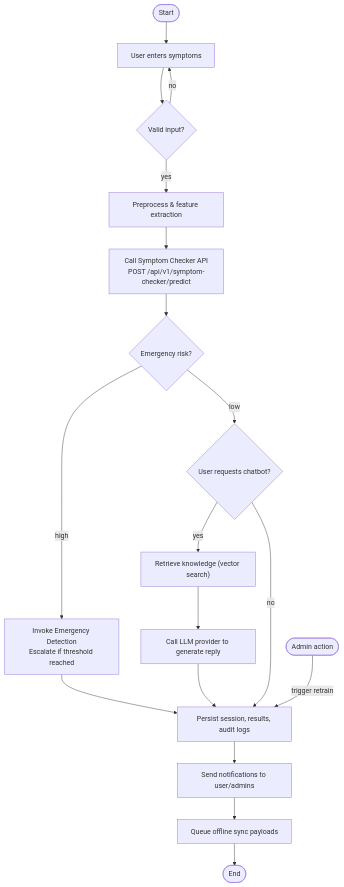
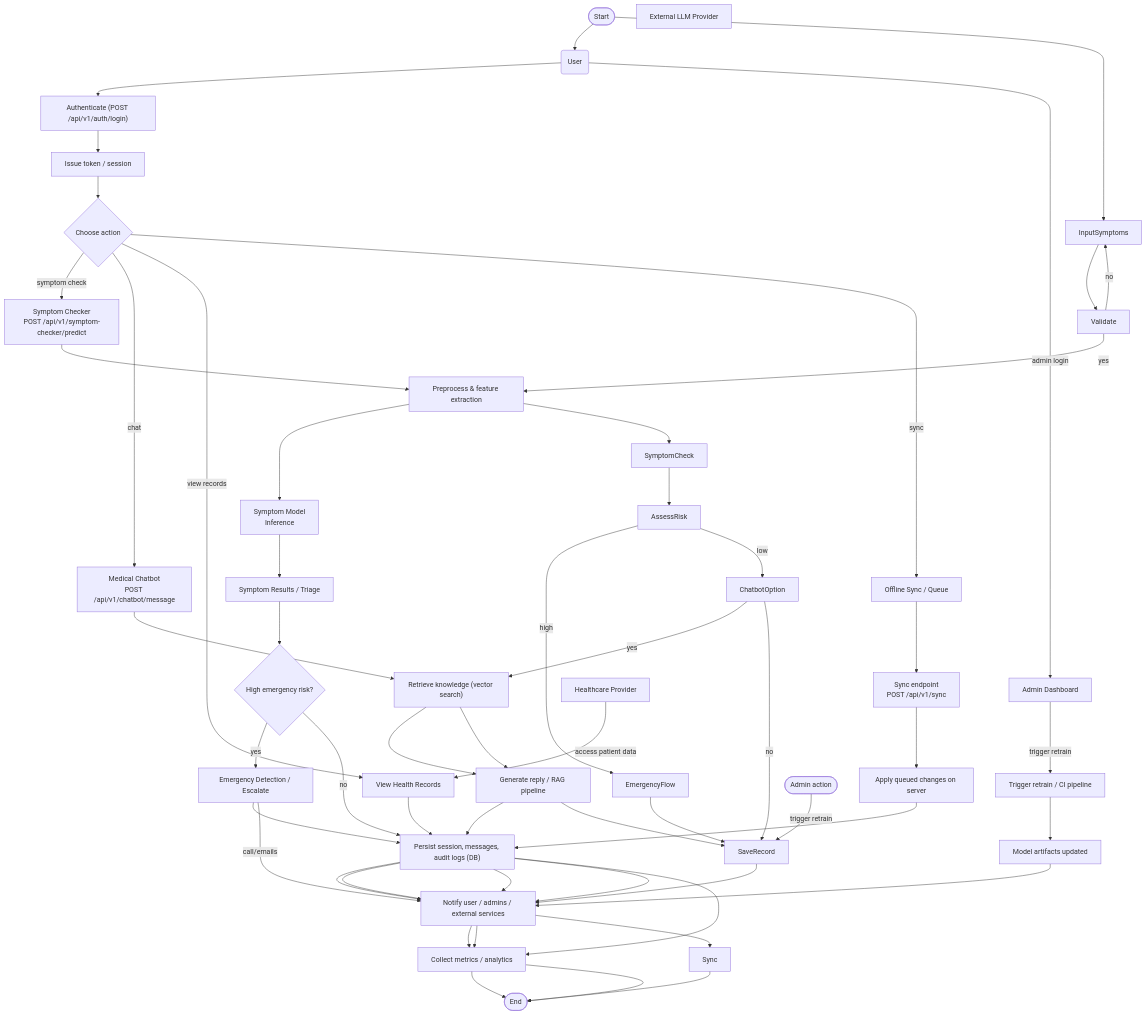
Before and after one commit to SKS-650/AI-Healthcare-Assistant-for-Rular-Areas: the diagram in readme/ActivityDiagram.md, drawn with Mermaid.

Commit message:
activity diagram updated

````diff
--- a/readme/ActivityDiagram.md
+++ b/readme/ActivityDiagram.md
@@ -5,33 +5,82 @@
 ```mermaid
 flowchart TD
   %% Activity-style flowchart compatible with GitHub/VS Code Mermaid
   Start([Start])
-  InputSymptoms["User enters symptoms"]
-  Validate{Valid input?}
+  User(User)
+  Auth["Authenticate (POST /api/v1/auth/login)"]
+  Token["Issue token / session"]
+
+  Choose{Choose action}
+  Symptom["Symptom Checker\nPOST /api/v1/symptom-checker/predict"]
+  Chat["Medical Chatbot\nPOST /api/v1/chatbot/message"]
+  ViewRecords["View Health Records"]
+  Offline["Offline Sync / Queue"]
+  AdminPanel["Admin Dashboard"]
+
   Preprocess["Preprocess & feature extraction"]
-  SymptomCheck["Call Symptom Checker API\nPOST /api/v1/symptom-checker/predict"]
-  AssessRisk{Emergency risk?}
-  EmergencyFlow["Invoke Emergency Detection\nEscalate if threshold reached"]
-  ChatbotOption{User requests chatbot?}
+  SymptomModel["Symptom Model\nInference"]
+  SymptomResults["Symptom Results / Triage"]
+  RiskCheck{High emergency risk?}
+  Emergency["Emergency Detection / Escalate"]
+
   Retrieve["Retrieve knowledge (vector search)"]
-  Generate["Call LLM provider to generate reply"]
-  SaveRecord["Persist session, results, audit logs"]
-  Notify["Send notifications to user/admins"]
-  Sync["Queue offline sync payloads"]
+  LLM["External LLM Provider"]
+  Generate["Generate reply / RAG pipeline"]
+  Persist["Persist session, messages, audit logs (DB)"]
+  Notify["Notify user / admins / external services"]
+
+  SyncEndpoint["Sync endpoint\nPOST /api/v1/sync"]
+  ApplySync["Apply queued changes on server"]
+
+  Retrain["Trigger retrain / CI pipeline"]
+  ModelStore["Model artifacts updated"]
+
+  Analytics["Collect metrics / analytics"]
   End([End])
+
+  %% Primary flow
+  Start --> User --> Auth --> Token --> Choose
+
+  %% Symptom flow
+  Choose -->|symptom check| Symptom --> Preprocess --> SymptomModel --> SymptomResults --> RiskCheck
+  RiskCheck -->|yes| Emergency --> Persist --> Notify --> Analytics --> End
+  RiskCheck -->|no| Persist --> Notify
+
+  %% Chatbot flow
+  Choose -->|chat| Chat --> Retrieve --> Generate --> Persist --> Notify --> Analytics
+
+  %% View records flow
+  Choose -->|view records| ViewRecords --> Persist
+
+  %% Offline sync flow
+  Choose -->|sync| Offline --> SyncEndpoint --> ApplySync --> Persist --> Notify
+
+  %% Admin and retrain
+  User -->|admin login| AdminPanel -->|trigger retrain| Retrain --> ModelStore --> Notify
+
+  %% Analytics sink
+  Persist --> Analytics --> End
+
+  %% Healthcare provider path
+  HP[Healthcare Provider] -->|access patient data| ViewRecords
+
+  %% External escalation
+  Emergency -->|call/emails| Notify
+
+  %% Keep labels simple and quoted to maximize compatibility
 
   Start --> InputSymptoms --> Validate
   Validate -->|yes| Preprocess --> SymptomCheck --> AssessRisk
   AssessRisk -->|high| EmergencyFlow --> SaveRecord
   AssessRisk -->|low| ChatbotOption
   ChatbotOption -->|yes| Retrieve --> Generate --> SaveRecord
   ChatbotOption -->|no| SaveRecord
   SaveRecord --> Notify --> Sync --> End
   Validate -->|no| InputSymptoms
 
   %% Optional branches (admin operations, retraining)
   AdminStart([Admin action]) -->|trigger retrain| SaveRecord
 
   %% Notes
   %% Keep this simple to maximize rendering compatibility across viewers
 ```
````
